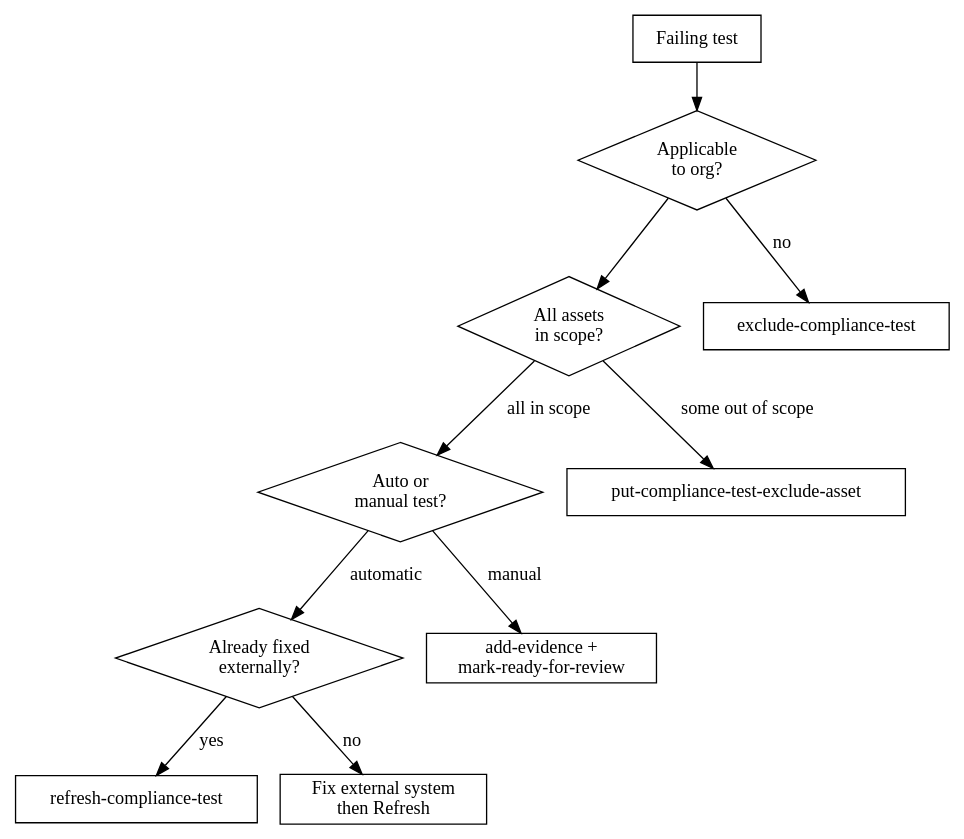
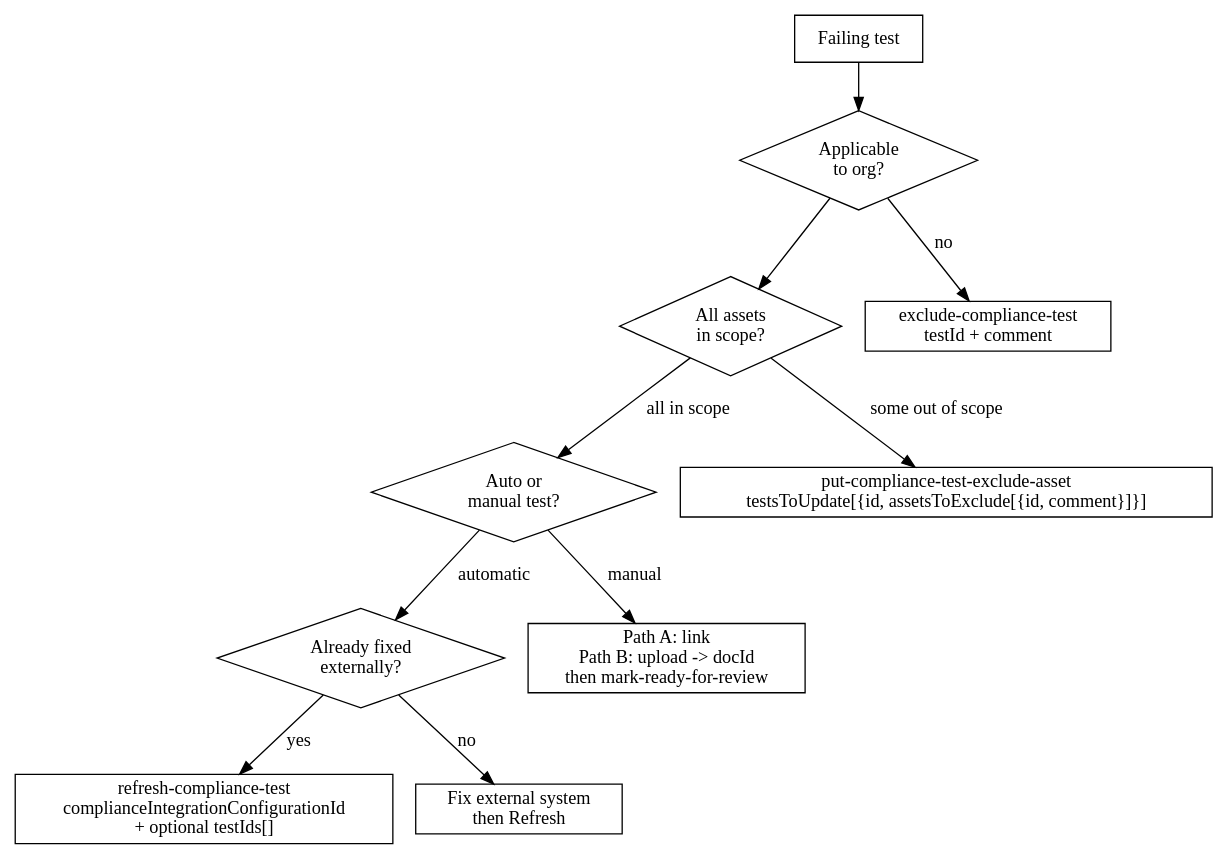
Before and after one commit to Cleo-Labs-IA/skills_library: the diagram in skills/compliance-remediation/SKILL.md, drawn with Graphviz. The commit also changed other lines of this file and 14 other files, not shown here.

````diff
--- a/skills/compliance-remediation/SKILL.md
+++ b/skills/compliance-remediation/SKILL.md
@@ -12,26 +12,26 @@
 ```dot
 digraph {
   rankdir=TB
   node [shape=diamond]
   Start [shape=box label="Failing test"]
   NA [label="Applicable\nto org?"]
   Asset [label="All assets\nin scope?"]
   Auto [label="Auto or\nmanual test?"]
   Fixed [label="Already fixed\nexternally?"]
   node [shape=box]
   Start -> NA
   NA -> Exclude [label="no"]
   NA -> Asset
   Asset -> ExcludeAsset [label="some out of scope"]
   Asset -> Auto [label="all in scope"]
   Auto -> Fixed [label="automatic"]
   Auto -> Evidence [label="manual"]
   Fixed -> Refresh [label="yes"]
   Fixed -> Fix [label="no"]
-  Exclude [label="exclude-compliance-test"]
-  ExcludeAsset [label="put-compliance-test-exclude-asset"]
-  Refresh [label="refresh-compliance-test"]
-  Evidence [label="add-evidence +\nmark-ready-for-review"]
+  Exclude [label="exclude-compliance-test\ntestId + comment"]
+  ExcludeAsset [label="put-compliance-test-exclude-asset\ntestsToUpdate[{id, assetsToExclude[{id, comment}]}]"]
+  Refresh [label="refresh-compliance-test\ncomplianceIntegrationConfigurationId\n+ optional testIds[]"]
+  Evidence [label="Path A: link\nPath B: upload -> docId\nthen mark-ready-for-review"]
   Fix [label="Fix external system\nthen Refresh"]
 }
 ```
````
